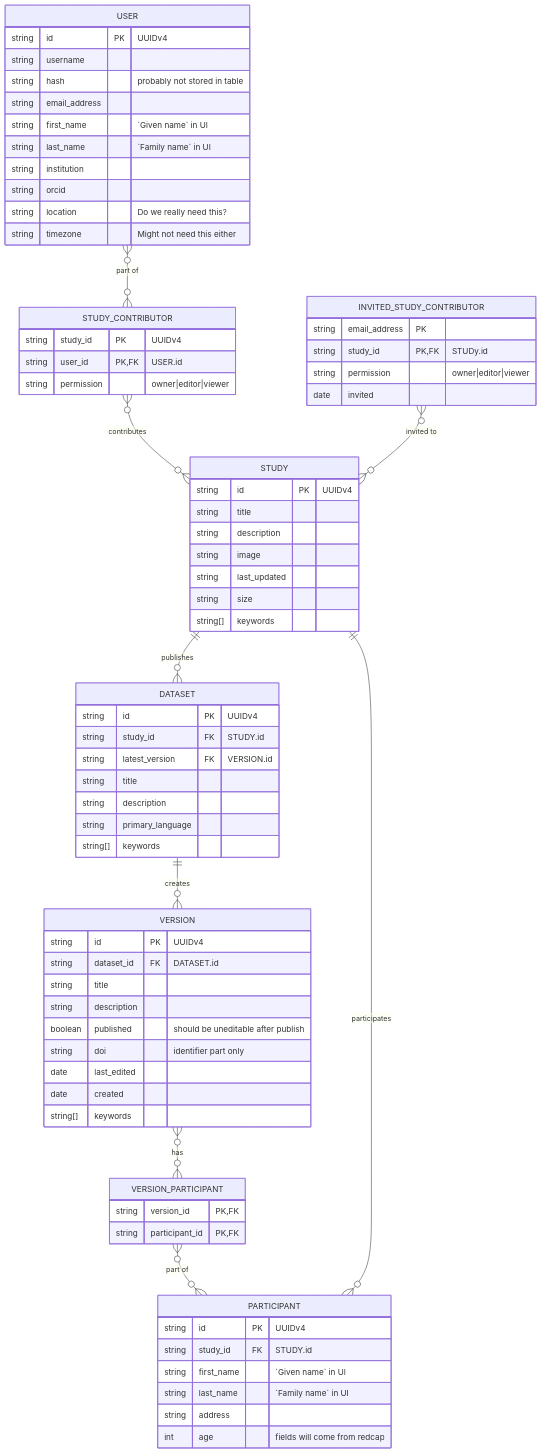
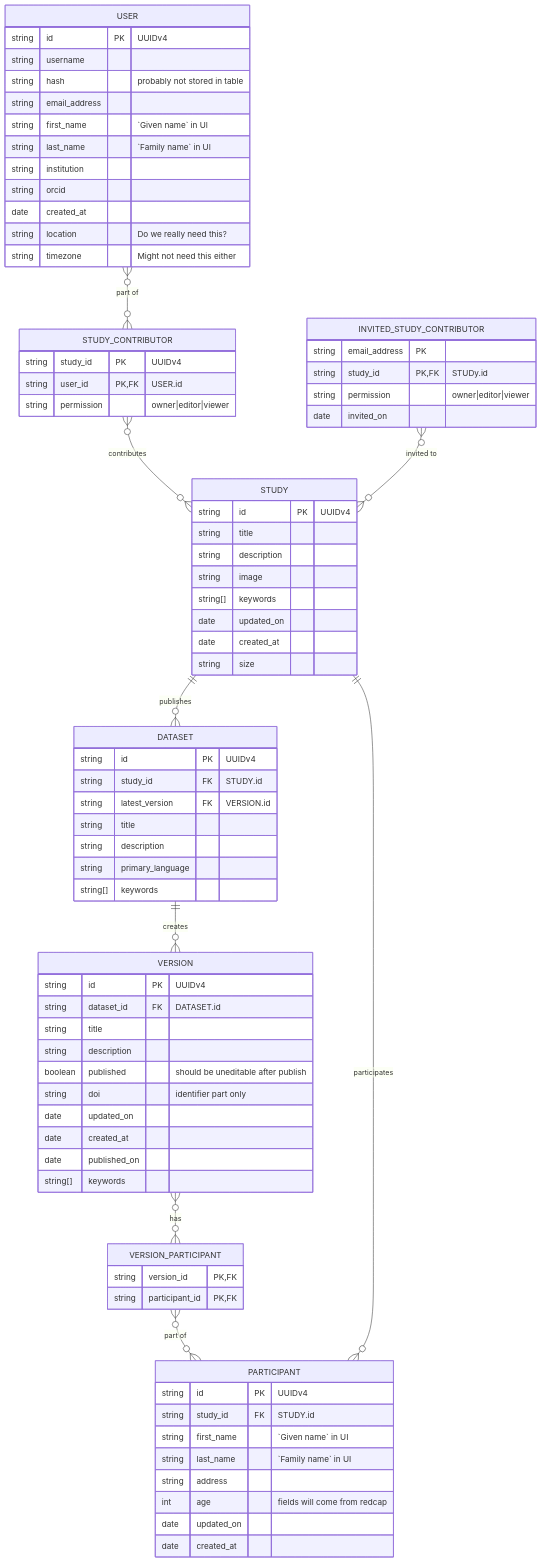
The diagram in docs/database/class-diagram.md (AI-READI/fairhub-developer), drawn with Mermaid before and after one commit.

Commit message:
feat: update er diagram

```diff
--- a/docs/database/class-diagram.md
+++ b/docs/database/class-diagram.md
@@ -13,11 +13,12 @@
     STUDY{
         string id PK "UUIDv4"
         string title
-        string description
+        string description 
         string image
-        string last_updated
+        string[] keywords
+        date updated_on
+        date created_at
         string size
-        string[] keywords
     }
 
     USER{
@@ -29,6 +30,7 @@
         string last_name "`Family name` in UI"
         string institution
         string orcid
+        date created_at
         string location "Do we really need this?"
         string timezone "Might not need this either"
     }
@@ -43,16 +45,18 @@
         string email_address PK
         string study_id PK,FK "STUDy.id"
         string permission "owner|editor|viewer"
-        date invited
+        date invited_on 
     }
 
     PARTICIPANT{
-        string id PK "UUIDv4"
+        string id PK "UUIDv4" 
         string study_id FK "STUDY.id"
         string first_name "`Given name` in UI"
         string last_name "`Family name` in UI"
         string address
         int age "fields will come from redcap"
+        date updated_on
+        date created_at
     }
 
     DATASET{
@@ -72,8 +76,9 @@
         string description
         boolean published "should be uneditable after publish"
         string doi "identifier part only"
-        date last_edited
-        date created
+        date updated_on
+        date created_at
+        date published_on
         string[] keywords
     }
 
```
